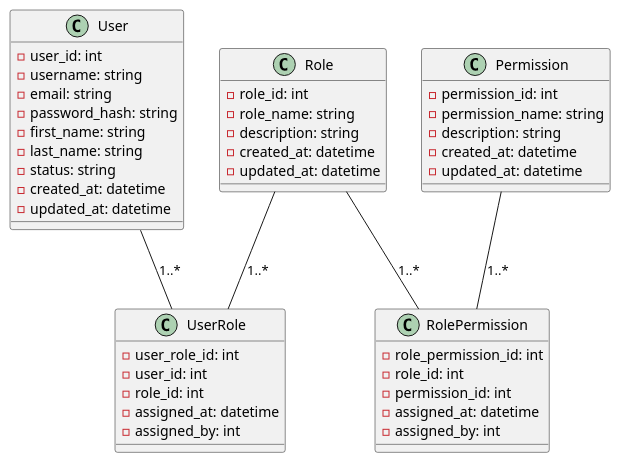
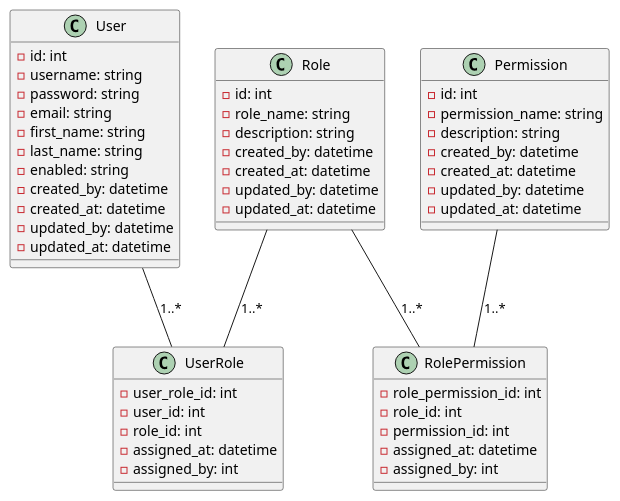
Before and after one commit to step-by-step-tutorial/springboot-tutorial: the diagram in security-rbac-jwt/README.md, drawn with PlantUML. The commit also changed 28 other files, not shown here.

````diff
--- a/security-rbac-jwt/README.md
+++ b/security-rbac-jwt/README.md
@@ -105,54 +105,60 @@
 ```plantuml
 @startuml
 
 class User {
-  - user_id: int
+  - id: int
   - username: string
+  - password: string
   - email: string
-  - password_hash: string
   - first_name: string
   - last_name: string
-  - status: string
+  - enabled: string
+  - created_by: datetime
   - created_at: datetime
+  - updated_by: datetime
   - updated_at: datetime
 }
 
 class Role {
-  - role_id: int
+  - id: int
   - role_name: string
   - description: string
+  - created_by: datetime
   - created_at: datetime
+  - updated_by: datetime
   - updated_at: datetime
 }
 
 class Permission {
-  - permission_id: int
+  - id: int
   - permission_name: string
   - description: string
+  - created_by: datetime
   - created_at: datetime
+  - updated_by: datetime
   - updated_at: datetime
 }
 
 class UserRole {
   - user_role_id: int
   - user_id: int
   - role_id: int
   - assigned_at: datetime
   - assigned_by: int
 }
 
 class RolePermission {
   - role_permission_id: int
   - role_id: int
   - permission_id: int
   - assigned_at: datetime
   - assigned_by: int
 }
 
 User -- UserRole : "1..*"
 Role -- UserRole : "1..*"
 Role -- RolePermission : "1..*"
 Permission -- RolePermission : "1..*"
 
 @enduml
 ```
````
